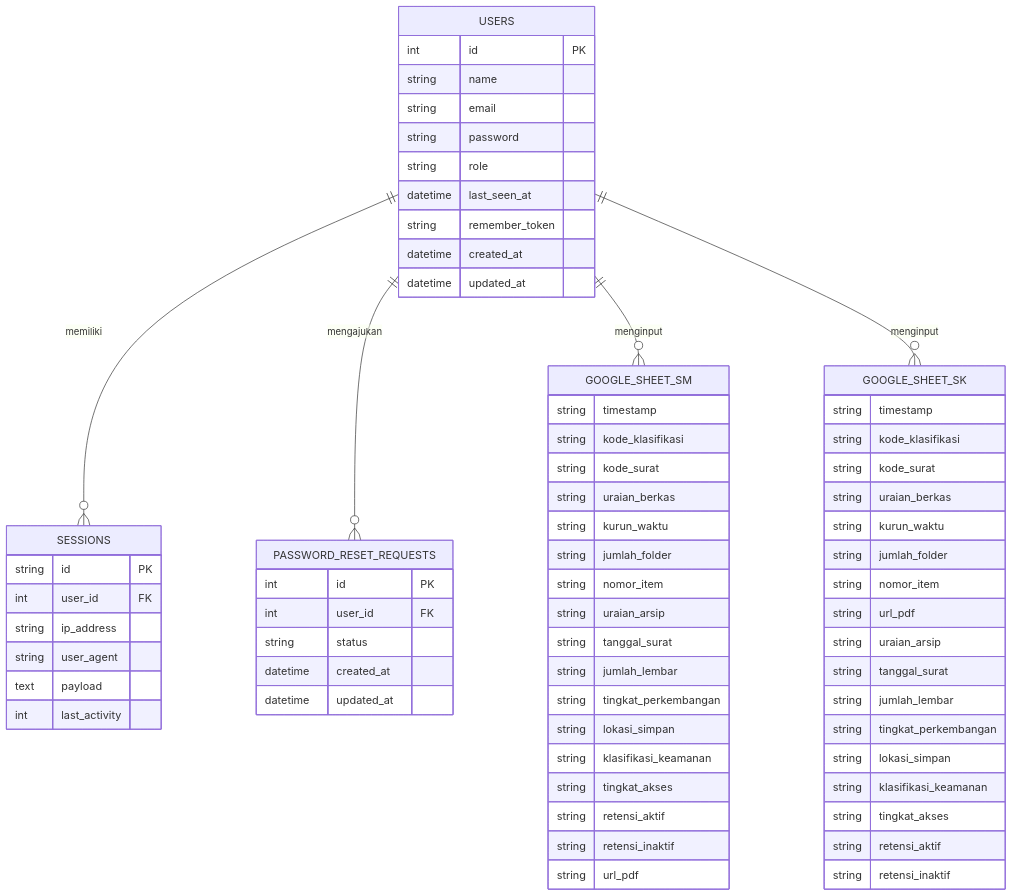
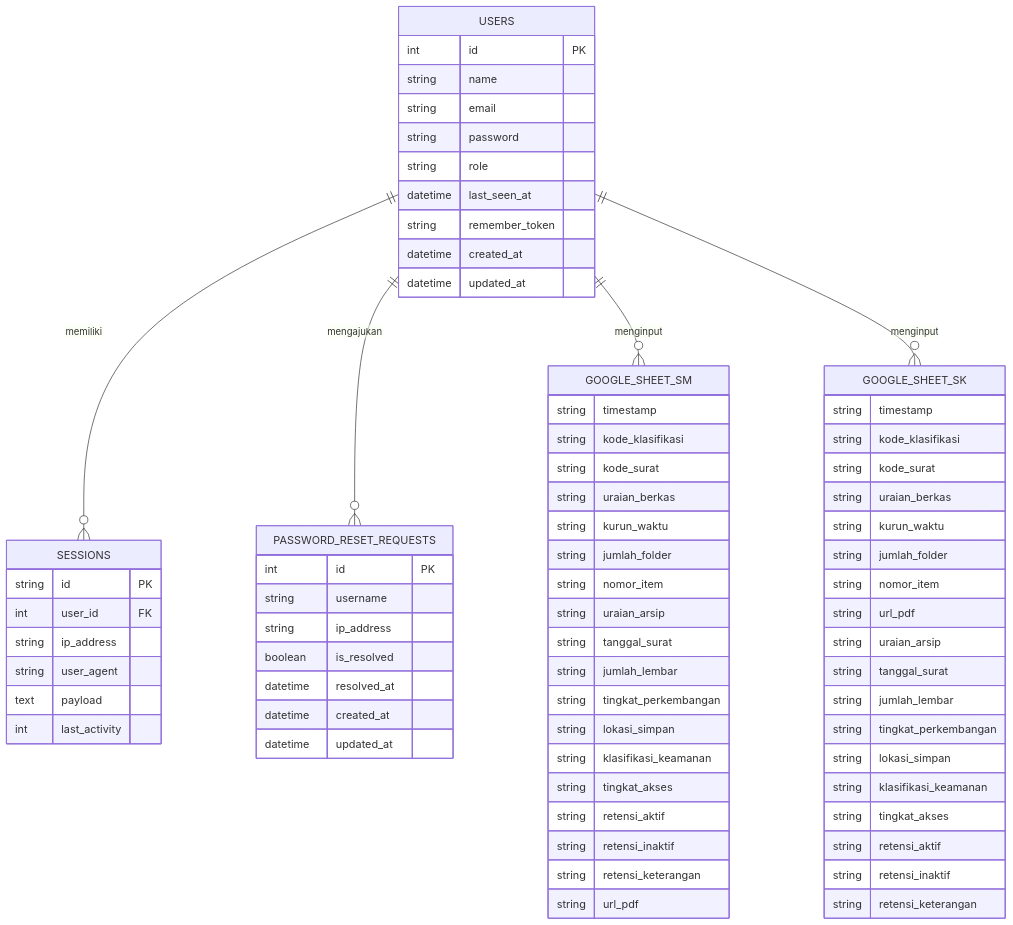
One commit to Rpl087/PROJECT-MAGANG changed the third of 3 diagrams in README.md. Above: the diagram before and after it, drawn with Mermaid. The commit also changed other lines of this file and 14 other files, not shown here.

````diff
--- a/README.md
+++ b/README.md
@@ -238,76 +238,80 @@
 ```mermaid
 erDiagram
     USERS {
         int id PK
         string name
         string email
         string password
         string role
         datetime last_seen_at
         string remember_token
         datetime created_at
         datetime updated_at
     }
 
     SESSIONS {
         string id PK
         int user_id FK
         string ip_address
         string user_agent
         text payload
         int last_activity
     }
 
     PASSWORD_RESET_REQUESTS {
         int id PK
-        int user_id FK
-        string status
+        string username
+        string ip_address
+        boolean is_resolved
+        datetime resolved_at
         datetime created_at
         datetime updated_at
     }
 
     GOOGLE_SHEET_SM {
         string timestamp
         string kode_klasifikasi
         string kode_surat
         string uraian_berkas
         string kurun_waktu
         string jumlah_folder
         string nomor_item
         string uraian_arsip
         string tanggal_surat
         string jumlah_lembar
         string tingkat_perkembangan
         string lokasi_simpan
         string klasifikasi_keamanan
         string tingkat_akses
         string retensi_aktif
         string retensi_inaktif
+        string retensi_keterangan
         string url_pdf
     }
 
     GOOGLE_SHEET_SK {
         string timestamp
         string kode_klasifikasi
         string kode_surat
         string uraian_berkas
         string kurun_waktu
         string jumlah_folder
         string nomor_item
         string url_pdf
         string uraian_arsip
         string tanggal_surat
         string jumlah_lembar
         string tingkat_perkembangan
         string lokasi_simpan
         string klasifikasi_keamanan
         string tingkat_akses
         string retensi_aktif
         string retensi_inaktif
+        string retensi_keterangan
     }
 
     USERS ||--o{ SESSIONS : "memiliki"
     USERS ||--o{ PASSWORD_RESET_REQUESTS : "mengajukan"
     USERS ||--o{ GOOGLE_SHEET_SM : "menginput"
     USERS ||--o{ GOOGLE_SHEET_SK : "menginput"
 ```
````
